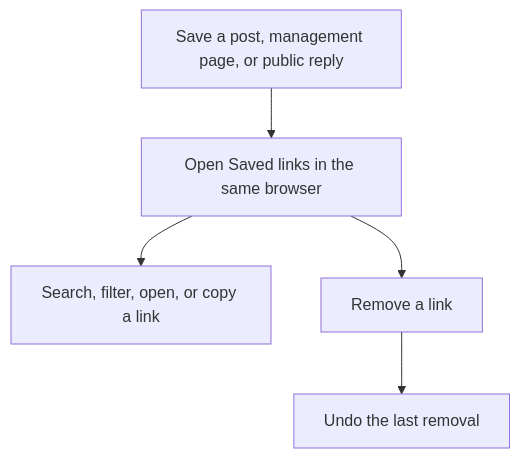
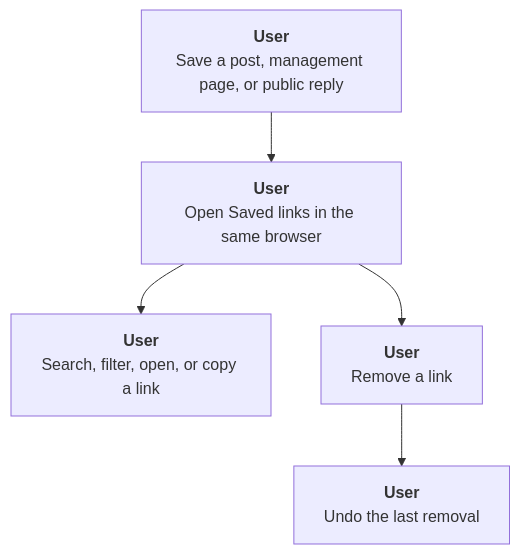
Before and after one commit to ChrisXHLeung/ScaleTag: the eighth of 11 diagrams in README.md, drawn with Mermaid. The commit also changed other lines of this file and 4 other files, not shown here.

````diff
--- a/README.md
+++ b/README.md
@@ -110,7 +116,7 @@
 ```mermaid
 flowchart TD
-    A["Save a post, management page, or public reply"] --> B["Open Saved links in the same browser"]
-    B --> C["Search, filter, open, or copy a link"]
-    B --> D["Remove a link"]
-    D --> E["Undo the last removal"]
+    A["<b>User</b><br/>Save a post, management page, or public reply"] --> B["<b>User</b><br/>Open Saved links in the same browser"]
+    B --> C["<b>User</b><br/>Search, filter, open, or copy a link"]
+    B --> D["<b>User</b><br/>Remove a link"]
+    D --> E["<b>User</b><br/>Undo the last removal"]
 ```
````
